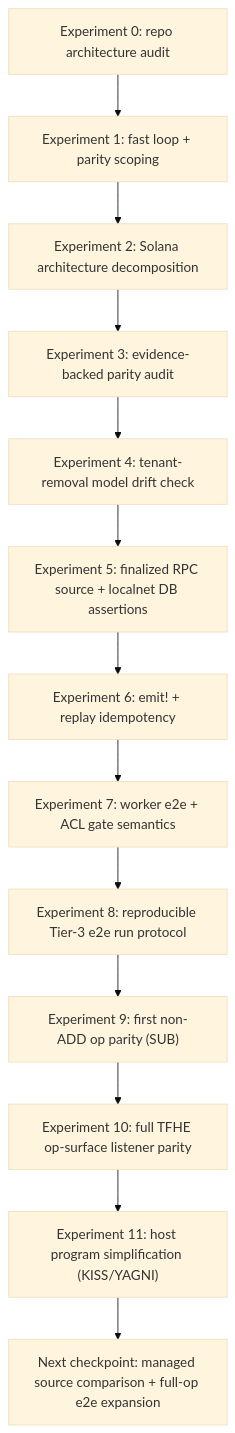
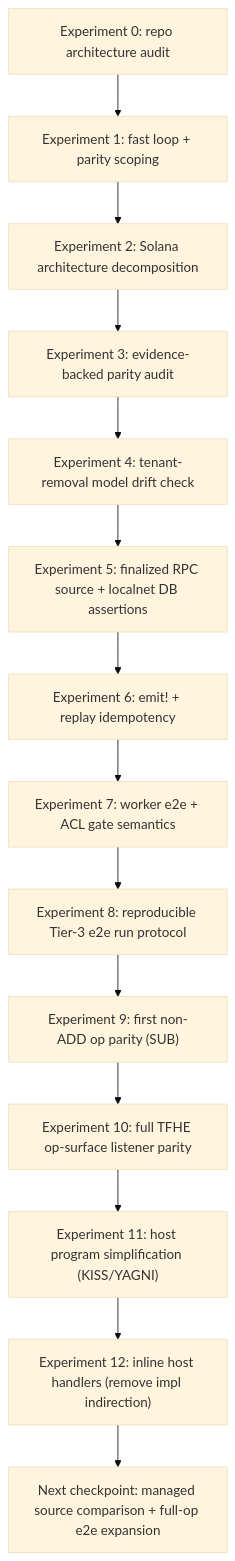
The diagram in docs/protocol/explorations/solana-host-listener/LEARNING.md (zama-ai/fhevm), drawn with Mermaid (base theme) before and after one commit. The commit also changed other lines of this file and 1 other file, not shown here.

````diff
--- a/docs/protocol/explorations/solana-host-listener/LEARNING.md
+++ b/docs/protocol/explorations/solana-host-listener/LEARNING.md
@@ -16,15 +16,16 @@
 ```mermaid
 flowchart TD
   E0["Experiment 0: repo architecture audit"] --> E1["Experiment 1: fast loop + parity scoping"]
   E1 --> E2["Experiment 2: Solana architecture decomposition"]
   E2 --> E3["Experiment 3: evidence-backed parity audit"]
   E3 --> E4["Experiment 4: tenant-removal model drift check"]
   E4 --> E5["Experiment 5: finalized RPC source + localnet DB assertions"]
   E5 --> E6["Experiment 6: emit! + replay idempotency"]
   E6 --> E7["Experiment 7: worker e2e + ACL gate semantics"]
   E7 --> E8["Experiment 8: reproducible Tier-3 e2e run protocol"]
   E8 --> E9["Experiment 9: first non-ADD op parity (SUB)"]
   E9 --> E10["Experiment 10: full TFHE op-surface listener parity"]
   E10 --> E11["Experiment 11: host program simplification (KISS/YAGNI)"]
-  E11 --> NX["Next checkpoint: managed source comparison + full-op e2e expansion"]
+  E11 --> E12["Experiment 12: inline host handlers (remove impl indirection)"]
+  E12 --> NX["Next checkpoint: managed source comparison + full-op e2e expansion"]
 ```
````
